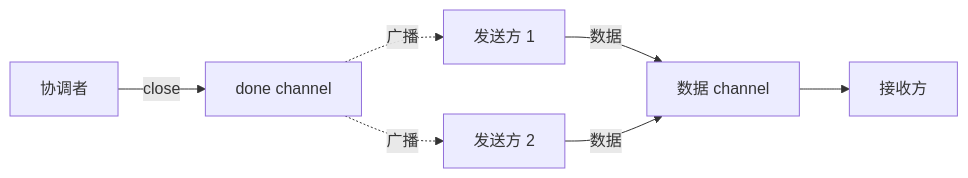
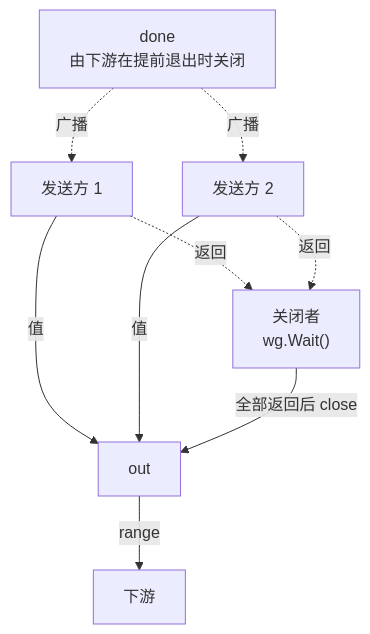
Before and after one commit to golang-design/under-the-hood: the second of 2 diagrams in book/zh-cn/part3concurrency/ch10chan/close.md, drawn with Mermaid. The commit also changed other lines of this file and 7 other files, not shown here.

````diff
--- a/book/zh-cn/part3concurrency/ch10chan/close.md
+++ b/book/zh-cn/part3concurrency/ch10chan/close.md
@@ -228,9 +375,11 @@
 ```mermaid
-flowchart LR
-    P1["发送方 1"] -->|数据| CH["数据 channel"]
-    P2["发送方 2"] -->|数据| CH
-    COORD["协调者"] -->|close| DONE["done channel"]
-    DONE -.广播.-> P1
-    DONE -.广播.-> P2
-    CH --> R["接收方"]
+flowchart TD
+    DONE["done<br/>由下游在提前退出时关闭"] -.->|广播| S1["发送方 1"]
+    DONE -.->|广播| S2["发送方 2"]
+    S1 -->|值| OUT["out"]
+    S2 -->|值| OUT
+    S1 -.->|返回| W["关闭者<br/>wg.Wait()"]
+    S2 -.->|返回| W
+    W -->|"全部返回后 close"| OUT
+    OUT -->|range| R["下游"]
 ```
````
